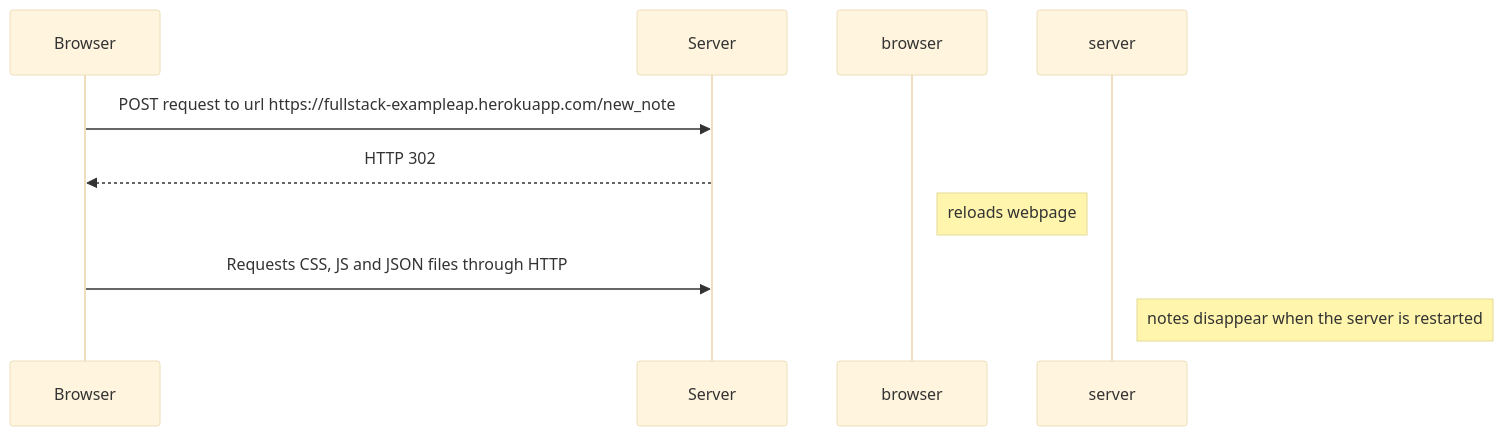
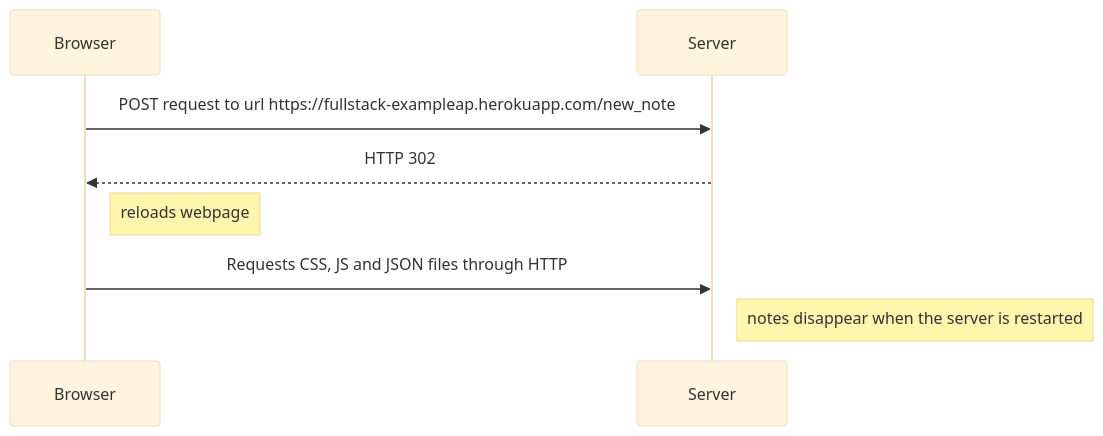
Before and after one commit to angelo-gabriel/fullstackopen-exercises: the diagram in part0/04diagrama.md, drawn with Mermaid (base theme).

````diff
--- a/part0/04diagrama.md
+++ b/part0/04diagrama.md
@@ -3,15 +3,15 @@
 ```mermaid
     sequenceDiagram
         participant Browser
         participant Server
 
         Browser->>Server: POST request to url https://fullstack-exampleap.herokuapp.com/new_note
         Server-->>Browser: HTTP 302
 
-        Note right of browser: reloads webpage
-        
+        Note right of Browser: reloads webpage
+
         Browser->>Server: Requests CSS, JS and JSON files through HTTP
 
-        Note right of server: notes disappear when the server is restarted
+        Note right of Server: notes disappear when the server is restarted
 
 ```
````
